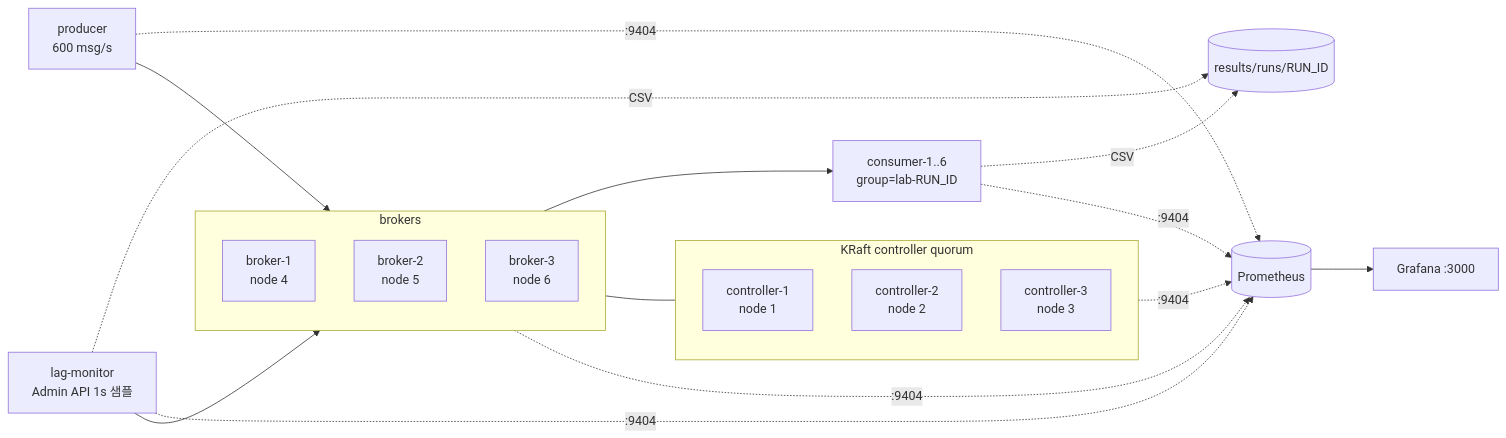
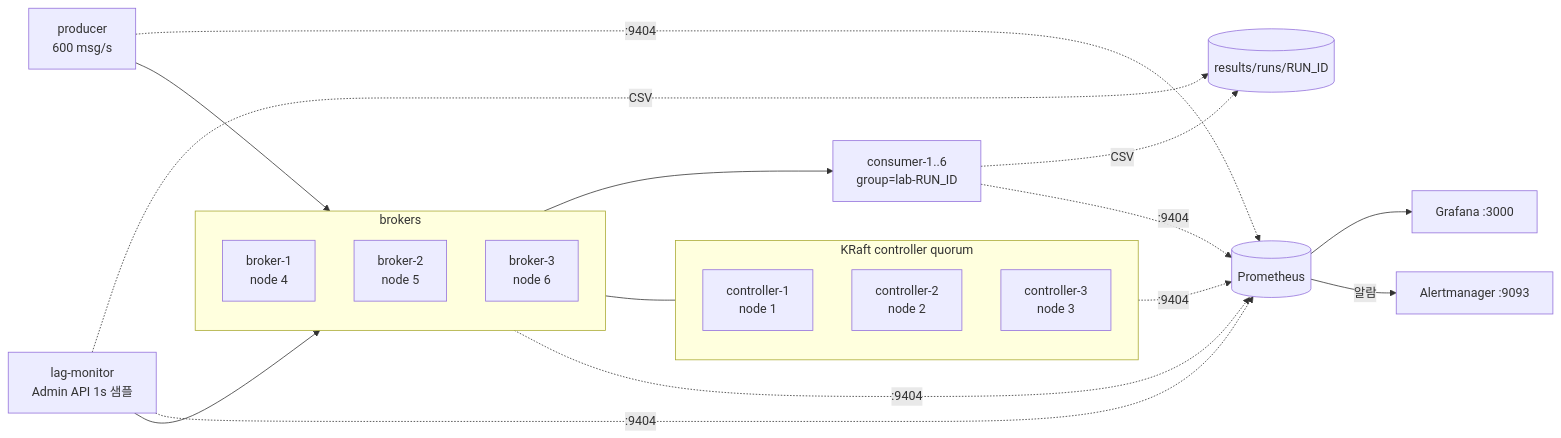
One commit to gitFILO/kafka-rebalance-lab changed the diagram in docs/01-environment.md. Above: the diagram before and after it, drawn with Mermaid. The commit also changed other lines of this file and 71 other files, not shown here.

````diff
--- a/docs/01-environment.md
+++ b/docs/01-environment.md
@@ -21,21 +21,22 @@
 ```mermaid
 flowchart LR
   subgraph quorum[KRaft controller quorum]
     c1[controller-1<br/>node 1]
     c2[controller-2<br/>node 2]
     c3[controller-3<br/>node 3]
   end
   subgraph brokers[brokers]
     b1[broker-1<br/>node 4]
     b2[broker-2<br/>node 5]
     b3[broker-3<br/>node 6]
   end
   p[producer<br/>600 msg/s] --> brokers
   brokers --> g[consumer-1..6<br/>group=lab-RUN_ID]
   m[lag-monitor<br/>Admin API 1s 샘플] --> brokers
   brokers --- quorum
   g -. CSV .-> r[(results/runs/RUN_ID)]
   m -. CSV .-> r
   quorum & brokers & g & p & m -. ":9404" .-> prom[(Prometheus)]
   prom --> gf[Grafana :3000]
+  prom -- 알람 --> am[Alertmanager :9093]
 ```
````
